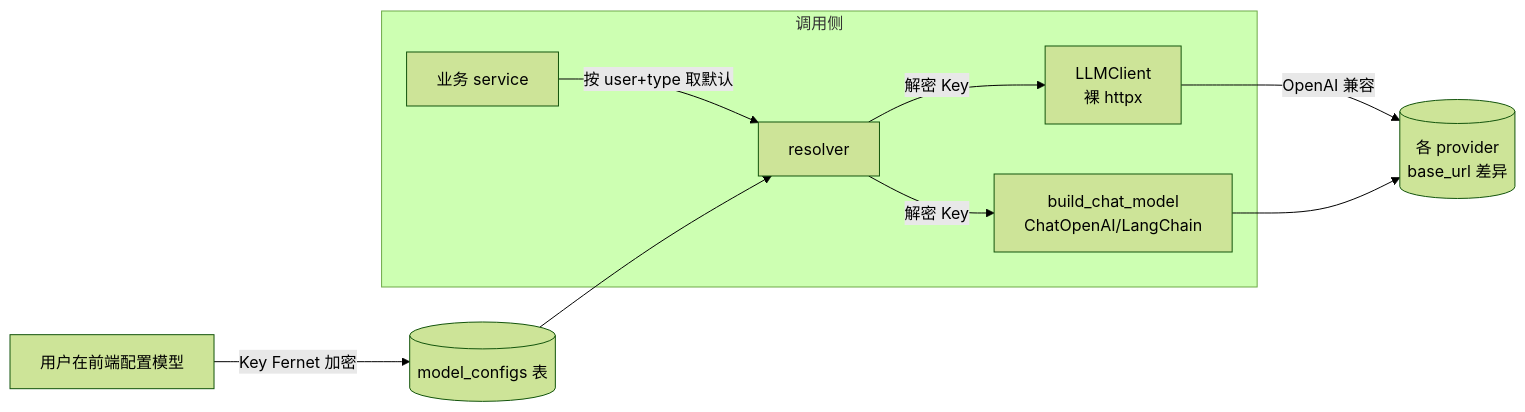
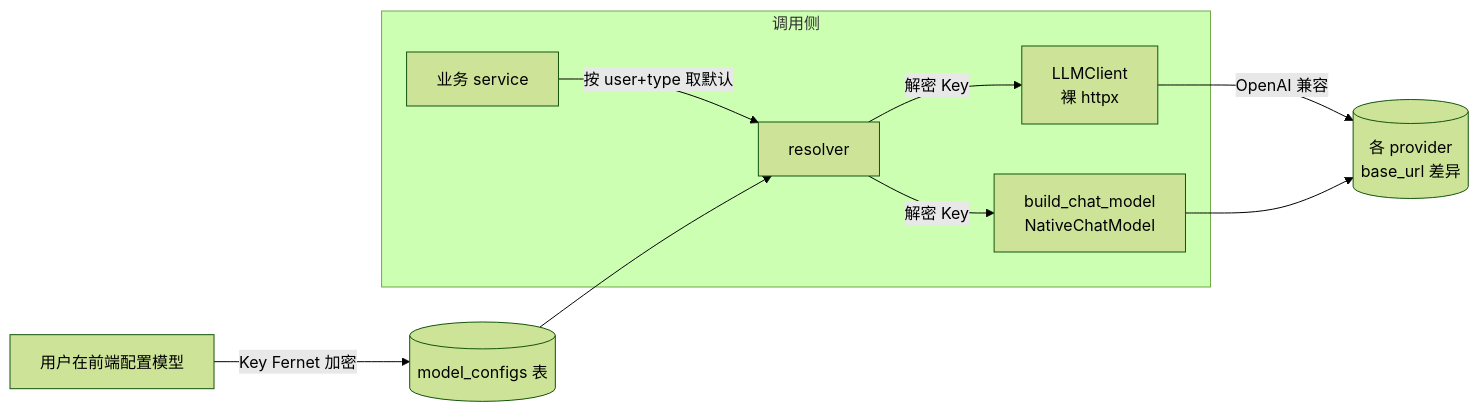
One commit to CvNoobLrx/echo changed the diagram in docs/01-LLM应用工程/01-模型抽象与多provider适配.md. Above: the diagram before and after it, drawn with Mermaid (forest theme). The commit also changed other lines of this file and 70 other files, not shown here.

````diff
--- a/docs/01-LLM应用工程/01-模型抽象与多provider适配.md
+++ b/docs/01-LLM应用工程/01-模型抽象与多provider适配.md
@@ -24,12 +24,12 @@
 ```mermaid
 flowchart LR
   U[用户在前端配置模型] -->|Key Fernet 加密| DB[(model_configs 表)]
   subgraph 调用侧
     SVC[业务 service] -->|按 user+type 取默认| R[resolver]
     R -->|解密 Key| C1[LLMClient<br/>裸 httpx]
-    R -->|解密 Key| C2[build_chat_model<br/>ChatOpenAI/LangChain]
+    R -->|解密 Key| C2[build_chat_model<br/>NativeChatModel]
   end
   DB --> R
   C1 -->|OpenAI 兼容| API[(各 provider<br/>base_url 差异)]
   C2 --> API
 ```
````
